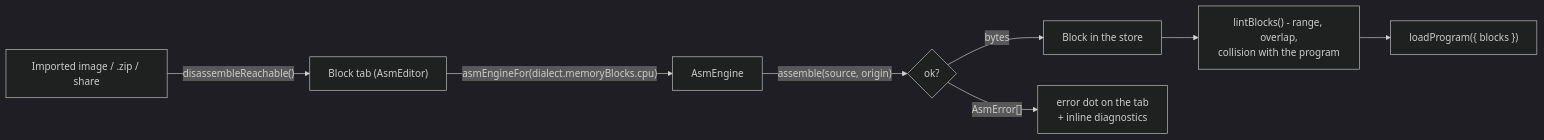
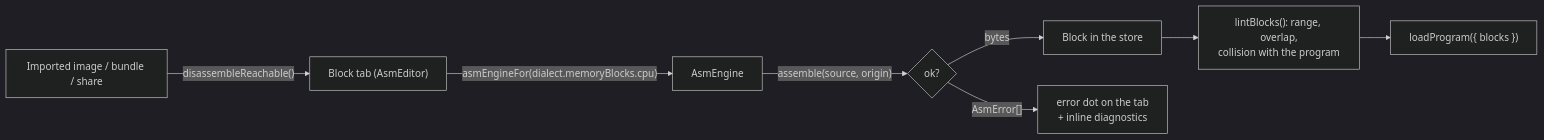
Before and after one commit to seanhodges/basically: the seventh of 12 diagrams in docs/contributing/architecture.md, drawn with Mermaid (dark theme). The commit also changed other lines of this file and 4 other files, not shown here.

````diff
--- a/docs/contributing/architecture.md
+++ b/docs/contributing/architecture.md
@@ -644,10 +477,10 @@
 ```mermaid
 flowchart LR
   tab["Block tab (AsmEditor)"] -->|"asmEngineFor(dialect.memoryBlocks.cpu)"| eng["AsmEngine"]
   eng -->|"assemble(source, origin)"| ok{"ok?"}
   ok -->|"bytes"| blk["Block in the store"]
   ok -->|"AsmError[]"| dot["error dot on the tab<br/>+ inline diagnostics"]
-  imp["Imported image / .zip / share"] -->|"disassembleReachable()"| tab
-  blk --> lintb["lintBlocks() - range, overlap,<br/>collision with the program"]
+  imp["Imported image / bundle / share"] -->|"disassembleReachable()"| tab
+  blk --> lintb["lintBlocks(): range, overlap,<br/>collision with the program"]
   lintb --> run["loadProgram({ blocks })"]
 ```
````
